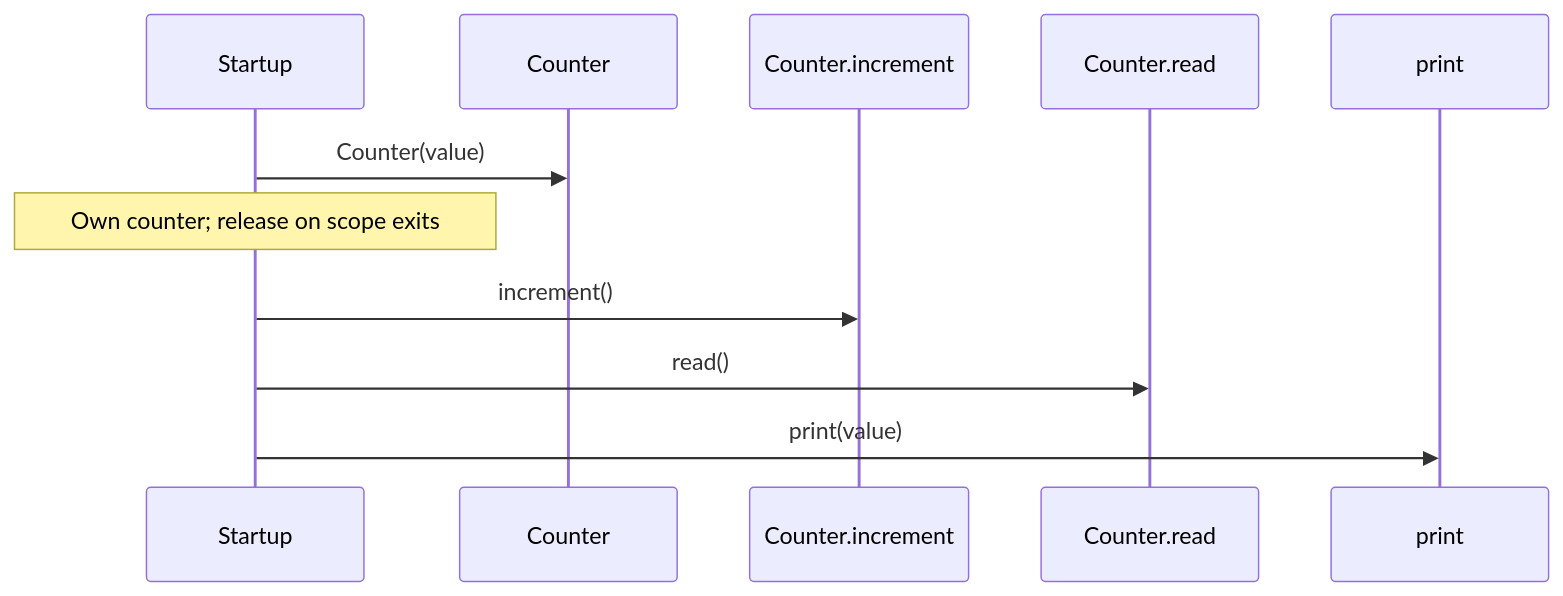
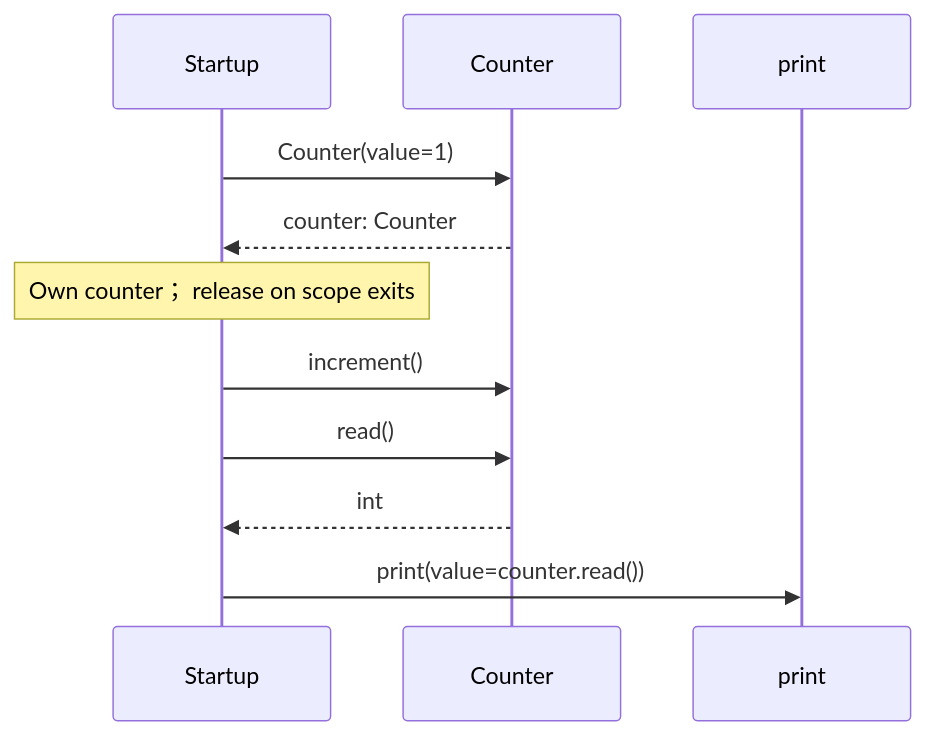
Before and after one commit to GreenPandaStudios/augscript: the third of 3 diagrams in docs/examples/ownership/main-diagrams.md, drawn with Mermaid. The commit also changed other lines of this file and 524 other files, not shown here.

Commit message:
Explain checked data flow at folder and service levels

````diff
--- a/docs/examples/ownership/main-diagrams.md
+++ b/docs/examples/ownership/main-diagrams.md
@@ -49,13 +51,13 @@
 ```mermaid
 sequenceDiagram
     participant p0 as Startup
     participant p1 as Counter
-    participant p2 as Counter.increment
-    participant p3 as Counter.read
-    participant p4 as print
-    p0->>p1: Counter(value)
-    Note over p0: Own counter#59; release on scope exits
-    p0->>p2: increment()
-    p0->>p3: read()
-    p0->>p4: print(value)
+    participant p2 as print
+    p0->>p1: Counter(value=1)
+    p1-->>p0: counter: Counter
+    Note over p0: Own counter； release on scope exits
+    p0->>p1: increment()
+    p0->>p1: read()
+    p1-->>p0: int
+    p0->>p2: print(value=counter.read())
 ```
````
